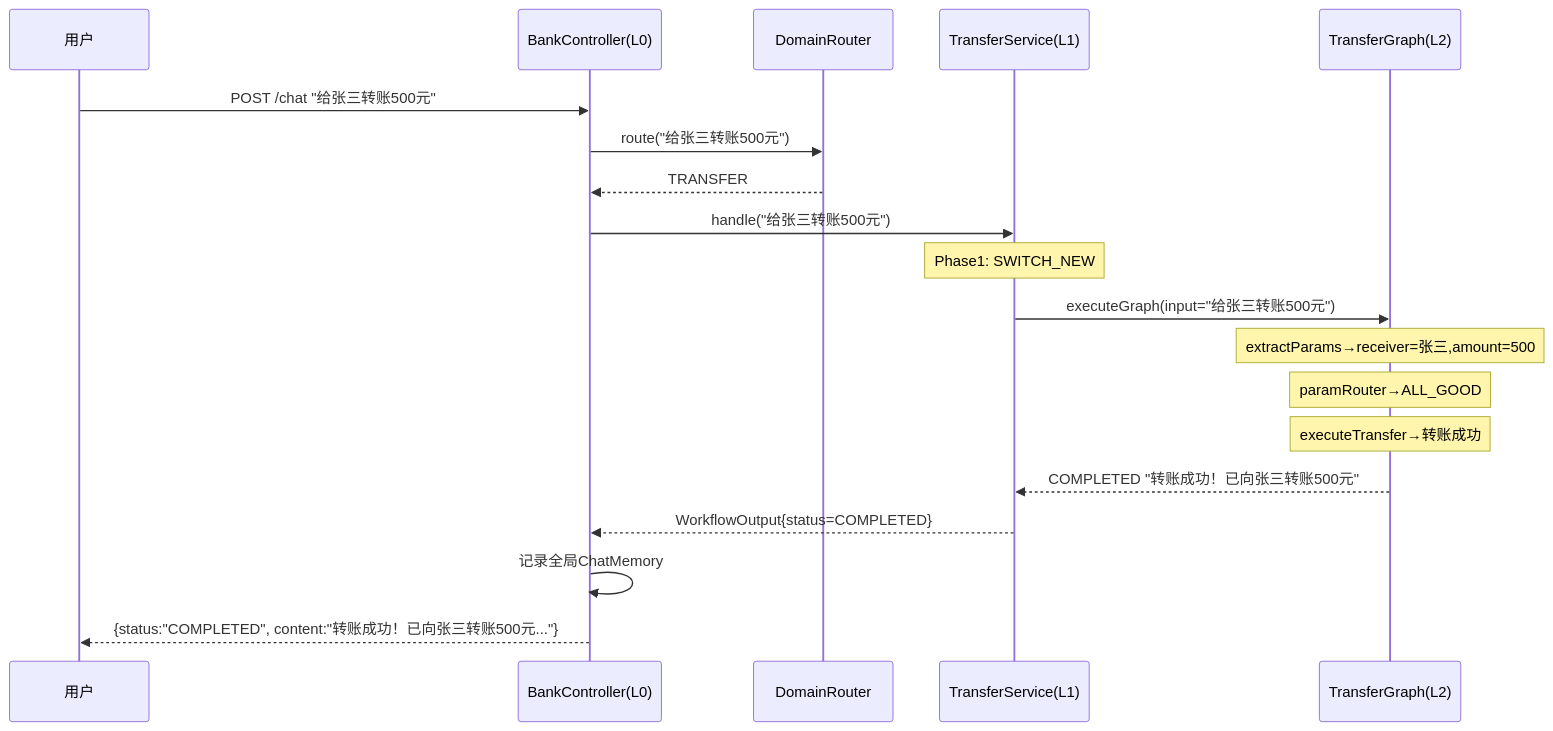
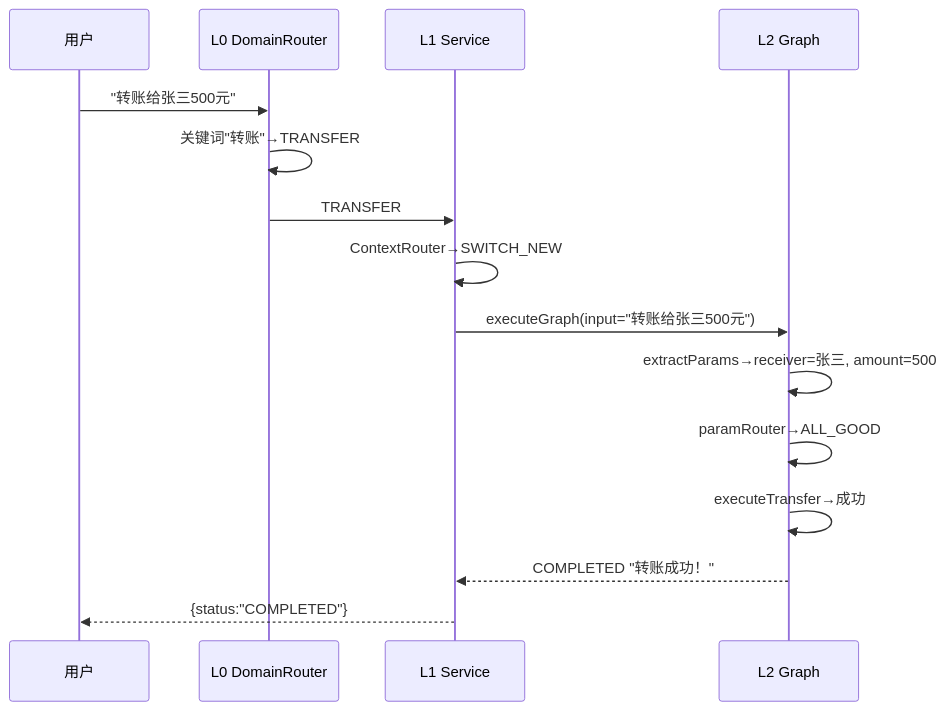
One commit to michael-lin-45/mobile-ai-bank-demo---workbuddy changed diagram 12 of 22 in ARCHITECTURE-FULL.md. Above: the diagram before and after it, drawn with Mermaid. The commit also changed other lines of this file and 30 other files, not shown here.

````diff
--- a/ARCHITECTURE-FULL.md
+++ b/ARCHITECTURE-FULL.md
@@ -437,22 +477,18 @@
 ```mermaid
 sequenceDiagram
     participant U as 用户
-    participant BC as BankController(L0)
-    participant DR as DomainRouter
-    participant TS as TransferService(L1)
-    participant TG as TransferGraph(L2)
+    participant L0 as L0 DomainRouter
+    participant L1 as L1 Service
+    participant L2 as L2 Graph
     
-    U->>BC: POST /chat "给张三转账500元"
-    BC->>DR: route("给张三转账500元")
-    DR-->>BC: TRANSFER
-    BC->>TS: handle("给张三转账500元")
-    Note over TS: Phase1: SWITCH_NEW
-    TS->>TG: executeGraph(input="给张三转账500元")
-    Note over TG: extractParams→receiver=张三,amount=500
-    Note over TG: paramRouter→ALL_GOOD
-    Note over TG: executeTransfer→转账成功
-    TG-->>TS: COMPLETED "转账成功！已向张三转账500元"
-    TS-->>BC: WorkflowOutput{status=COMPLETED}
-    BC->>BC: 记录全局ChatMemory
-    BC-->>U: {status:"COMPLETED", content:"转账成功！已向张三转账500元..."}
+    U->>L0: "转账给张三500元"
+    L0->>L0: 关键词"转账"→TRANSFER
+    L0->>L1: TRANSFER
+    L1->>L1: ContextRouter→SWITCH_NEW
+    L1->>L2: executeGraph(input="转账给张三500元")
+    L2->>L2: extractParams→receiver=张三, amount=500
+    L2->>L2: paramRouter→ALL_GOOD
+    L2->>L2: executeTransfer→成功
+    L2-->>L1: COMPLETED "转账成功！"
+    L1-->>U: {status:"COMPLETED"}
 ```
````
